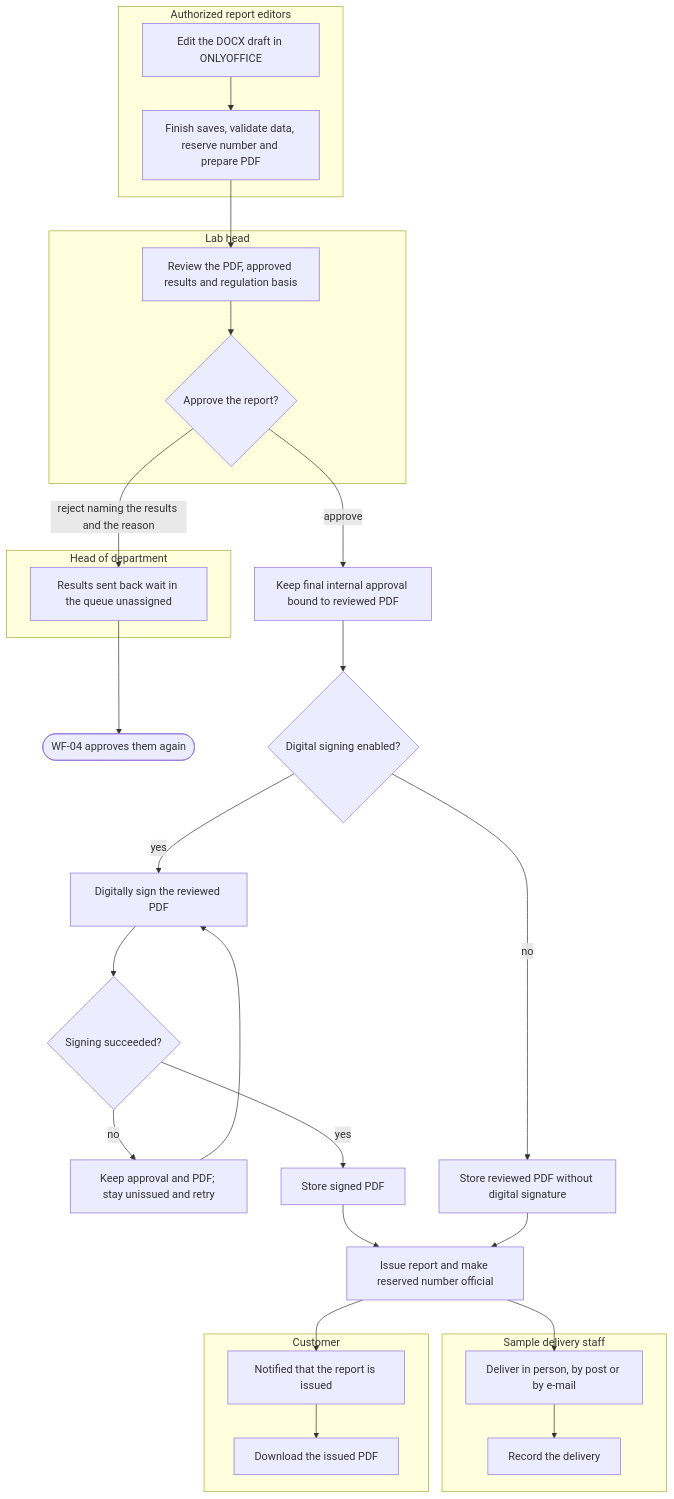
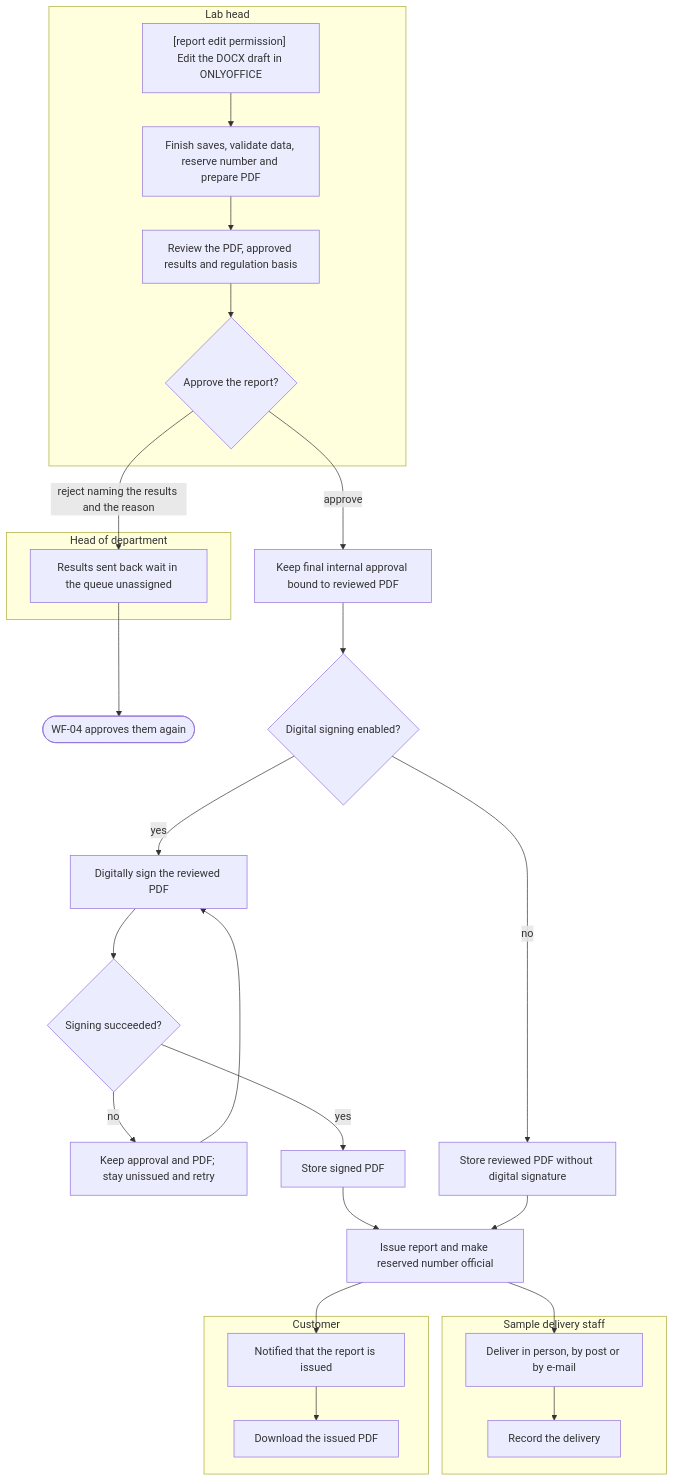
Before and after one commit to SoltuneMontepre/medilab: the sixth of 17 diagrams in docs/functional/business-flows.md, drawn with Mermaid. The commit also changed other lines of this file and 2 other files, not shown here.

First line of the commit message:
[docs] Draw the lanes of the business flows as the people who act

````diff
--- a/docs/functional/business-flows.md
+++ b/docs/functional/business-flows.md
@@ -285,31 +285,29 @@
 ```mermaid
 flowchart TD
-    subgraph report_editors ["Authorized report editors"]
-        p1[Edit the DOCX draft in ONLYOFFICE] --> p2[Finish saves, validate data, reserve number and prepare PDF]
-    end
     subgraph lane15 ["Lab head"]
+        p1["[report edit permission] Edit the DOCX draft in ONLYOFFICE"] --> p2[Finish saves, validate data, reserve number and prepare PDF]
         l1[Review the PDF, approved results and regulation basis] --> l2{Approve the report?}
     end
     subgraph lane16 ["Head of department"]
         h1[Results sent back wait in the queue unassigned]
     end
     subgraph lane17 ["Sample delivery staff"]
         d1[Deliver in person, by post or by e-mail] --> d2[Record the delivery]
     end
     subgraph lane18 ["Customer"]
         c1[Notified that the report is issued] --> c2[Download the issued PDF]
     end
     p2 --> l1
     l2 -->|reject naming the results and the reason| h1 --> wf04([WF-04 approves them again])
     l2 -->|approve| approved[Keep final internal approval bound to reviewed PDF]
     approved --> enabled{Digital signing enabled?}
     enabled -->|yes| digital[Digitally sign the reviewed PDF]
     digital --> success{Signing succeeded?}
     success -->|no| retry[Keep approval and PDF; stay unissued and retry] --> digital
     success -->|yes| stored[Store signed PDF]
     enabled -->|no| plain[Store reviewed PDF without digital signature]
     stored --> issued[Issue report and make reserved number official]
     plain --> issued
     issued --> d1
     issued --> c1
 ```
````
